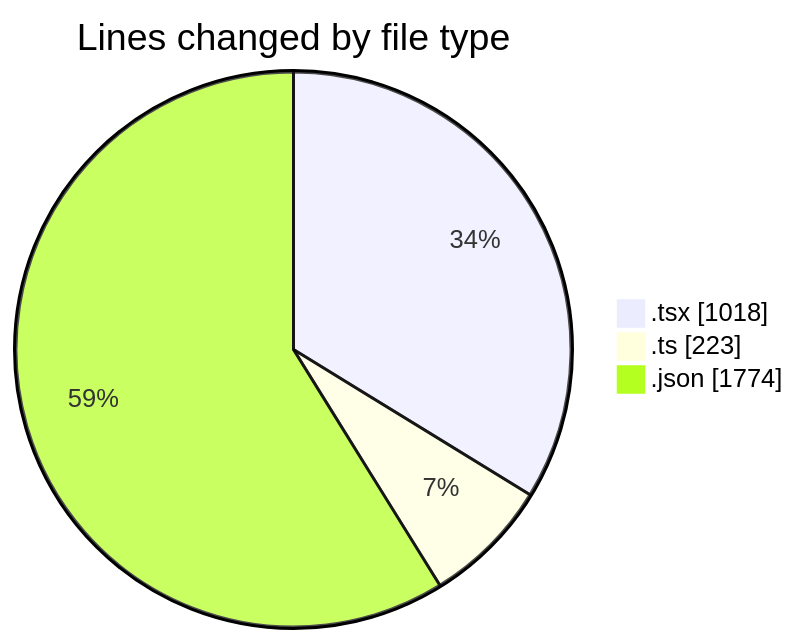
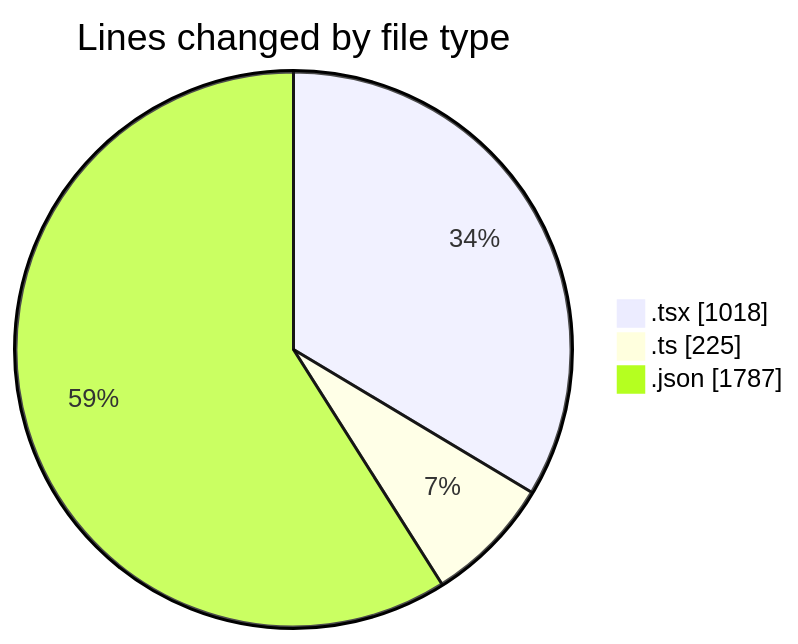
Before and after one commit to julien-gomy/code-tracking: the first of 2 diagrams in 2025-10-31/eventscop-frontend-guide__workspace_/README.md, drawn with Mermaid. The commit also changed other lines of this file and 1 other file, not shown here.

````diff
--- a/2025-10-31/eventscop-frontend-guide__workspace_/README.md
+++ b/2025-10-31/eventscop-frontend-guide__workspace_/README.md
@@ -27,7 +27,7 @@
 ```mermaid
 pie showData
 title Lines changed by file type
 ".tsx" : 1018
-".ts" : 223
-".json" : 1774
+".ts" : 225
+".json" : 1787
 ```
````
